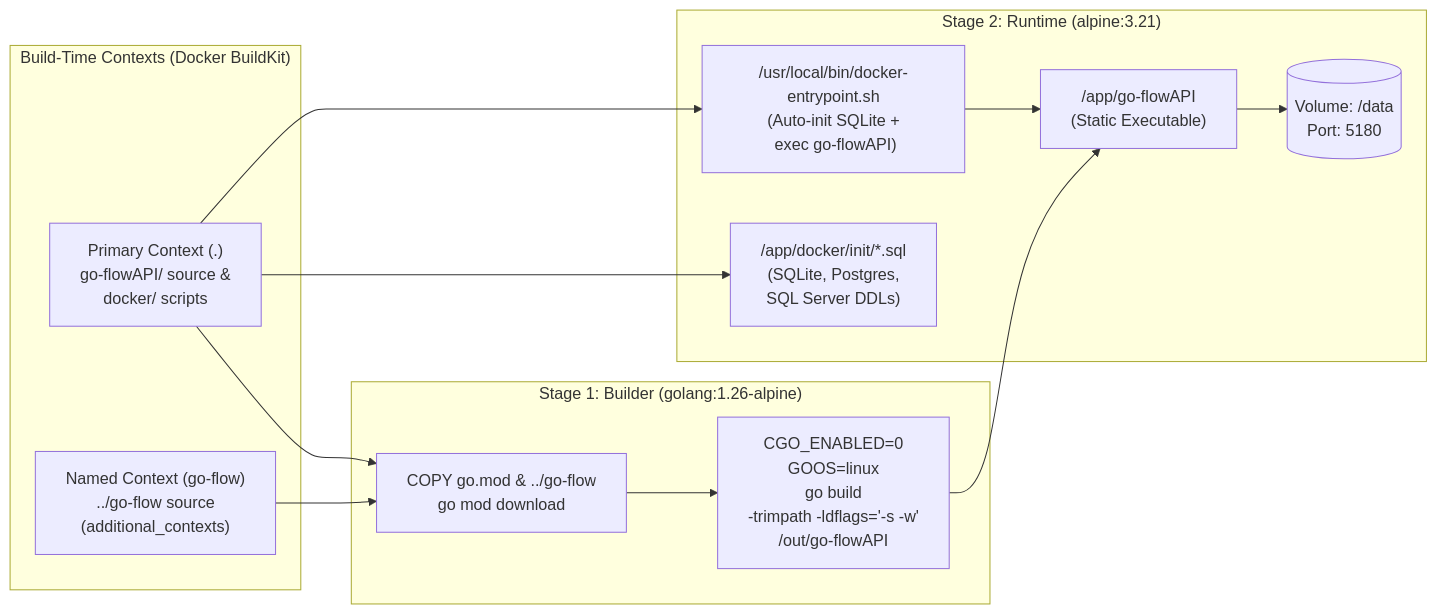
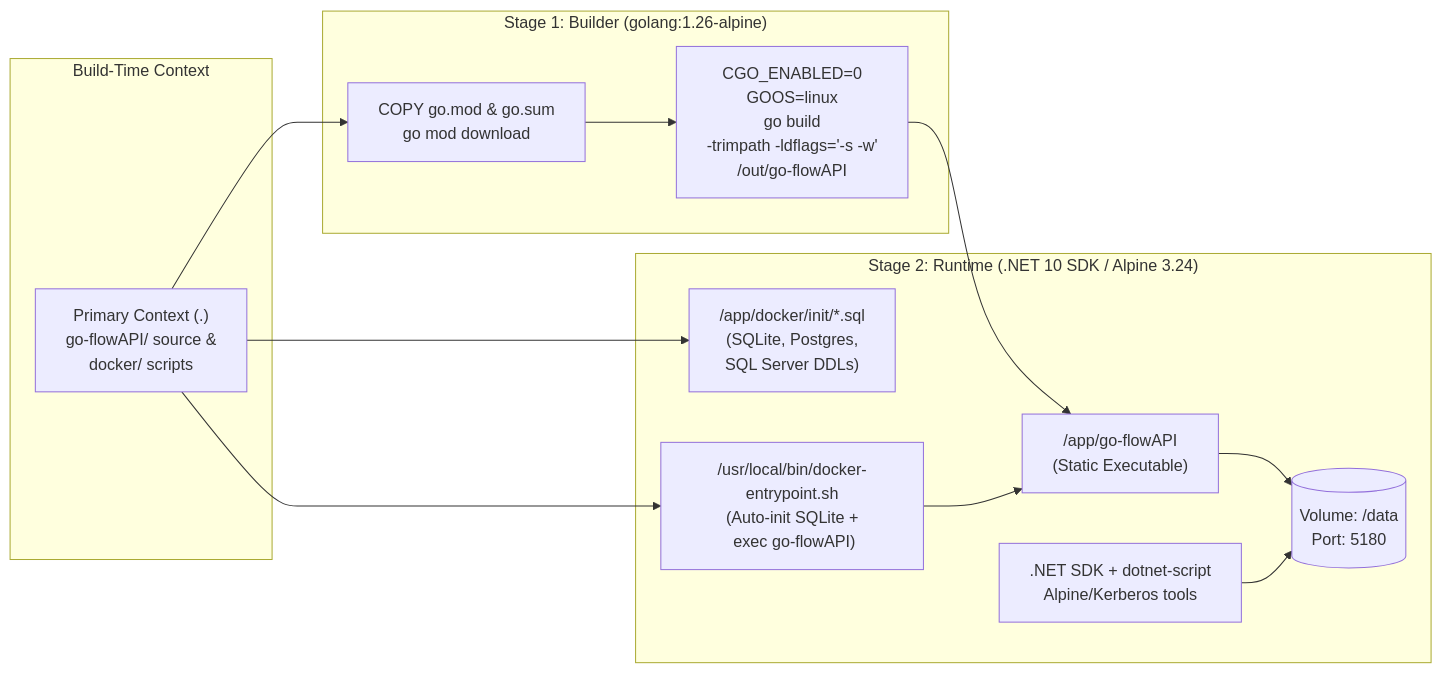
Before and after one commit to etl-madness/flow-docs: the first of 3 diagrams in docs/guides/API_DOCKER_DEPLOYMENT_GUIDE.md, drawn with Mermaid. The commit also changed other lines of this file and 4 other files, not shown here.

````diff
--- a/docs/guides/API_DOCKER_DEPLOYMENT_GUIDE.md
+++ b/docs/guides/API_DOCKER_DEPLOYMENT_GUIDE.md
@@ -62,26 +62,27 @@
 ```mermaid
 flowchart LR
-    subgraph Contexts["Build-Time Contexts (Docker BuildKit)"]
-        CTX_MAIN["Primary Context (.)<br/>go-flowAPI/ source &amp;<br/> docker/ scripts"]
-        CTX_GFLOW["Named Context (go-flow)<br/>../go-flow source <br/>(additional_contexts)"]
+    subgraph Context["Build-Time Context"]
+        CTX_MAIN["Primary Context (.)<br/>go-flowAPI/ source &amp;<br/>docker/ scripts"]
     end
 
     subgraph Stage1["Stage 1: Builder (golang:1.26-alpine)"]
-        MOD["COPY go.mod &amp; ../go-flow<br/>go mod download"]
+        MOD["COPY go.mod &amp; go.sum<br/>go mod download"]
         BUILD["CGO_ENABLED=0 <br/>GOOS=linux<br/>go build <br/>-trimpath -ldflags='-s -w'<br/>/out/go-flowAPI"]
         MOD --> BUILD
     end
 
-    subgraph Stage2["Stage 2: Runtime (alpine:3.21)"]
+    subgraph Stage2["Stage 2: Runtime (.NET 10 SDK / Alpine 3.24)"]
         BIN["/app/go-flowAPI<br/>(Static Executable)"]
         INIT["/app/docker/init/*.sql<br/>(SQLite, Postgres,<br/> SQL Server DDLs)"]
         ENTRY["/usr/local/bin/docker-entrypoint.sh<br/>(Auto-init SQLite +<br/> exec go-flowAPI)"]
+        TOOLING[".NET SDK + dotnet-script<br/>Alpine/Kerberos tools"]
         VOL[("Volume: /data<br/>Port: 5180")]
     end
 
-    CTX_MAIN & CTX_GFLOW --> MOD
+    CTX_MAIN --> MOD
     BUILD --> BIN
     CTX_MAIN --> INIT & ENTRY
     ENTRY --> BIN
     BIN --> VOL
+    TOOLING --> VOL
 ```
````
